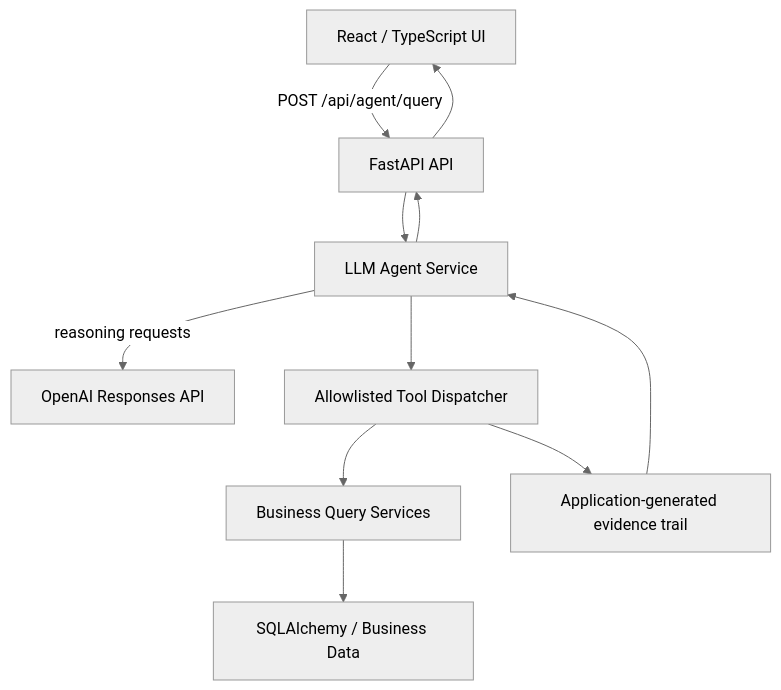
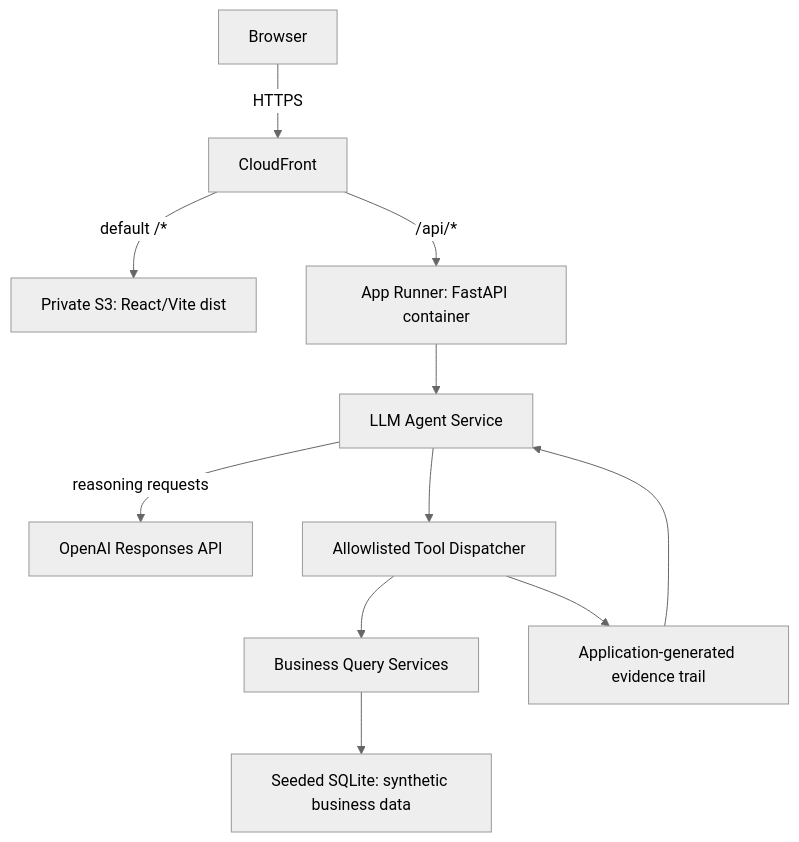
The diagram in README.md (yi0805/opspilot), drawn with Mermaid (neutral theme) before and after one commit. The commit also changed other lines of this file and 11 other files, not shown here.

````diff
--- a/README.md
+++ b/README.md
@@ -9,13 +9,13 @@
 ```mermaid
 flowchart TD
-    UI[React / TypeScript UI] -->|POST /api/agent/query| API[FastAPI API]
-    API --> Agent[LLM Agent Service]
+    Browser[Browser] -->|HTTPS| CDN[CloudFront]
+    CDN -->|default /*| S3[Private S3: React/Vite dist]
+    CDN -->|/api/*| Runner[App Runner: FastAPI container]
+    Runner --> Agent[LLM Agent Service]
     Agent -->|reasoning requests| OpenAI[OpenAI Responses API]
     Agent --> Dispatcher[Allowlisted Tool Dispatcher]
     Dispatcher --> Queries[Business Query Services]
-    Queries --> Data[SQLAlchemy / Business Data]
+    Queries --> Data[Seeded SQLite: synthetic business data]
     Dispatcher --> Evidence[Application-generated evidence trail]
     Evidence --> Agent
-    Agent --> API
-    API --> UI
 ```
````
